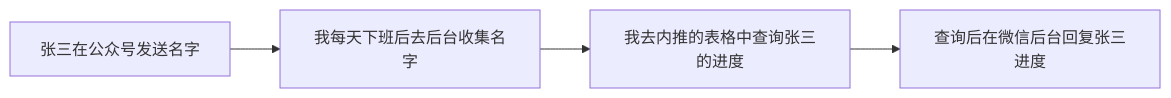
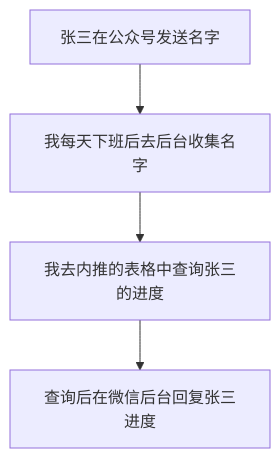
One commit to guanlili/guanlili.github.io changed the first of 3 diagrams in _posts/Tutorials/2022-10-02-每天几十条私信，我是如何自动查询校招进度的.md. Above: the diagram before and after it, drawn with Mermaid. The commit also changed other lines of this file and 1 other file, not shown here.

````diff
--- a/_posts/Tutorials/2022-10-02-每天几十条私信，我是如何自动查询校招进度的.md
+++ b/_posts/Tutorials/2022-10-02-每天几十条私信，我是如何自动查询校招进度的.md
@@ -27,4 +27,4 @@
 ```mermaid
-graph LR
+graph TD
 张三在公众号发送名字-->我每天下班后去后台收集名字-->我去内推的表格中查询张三的进度-->查询后在微信后台回复张三进度
 ```
````
